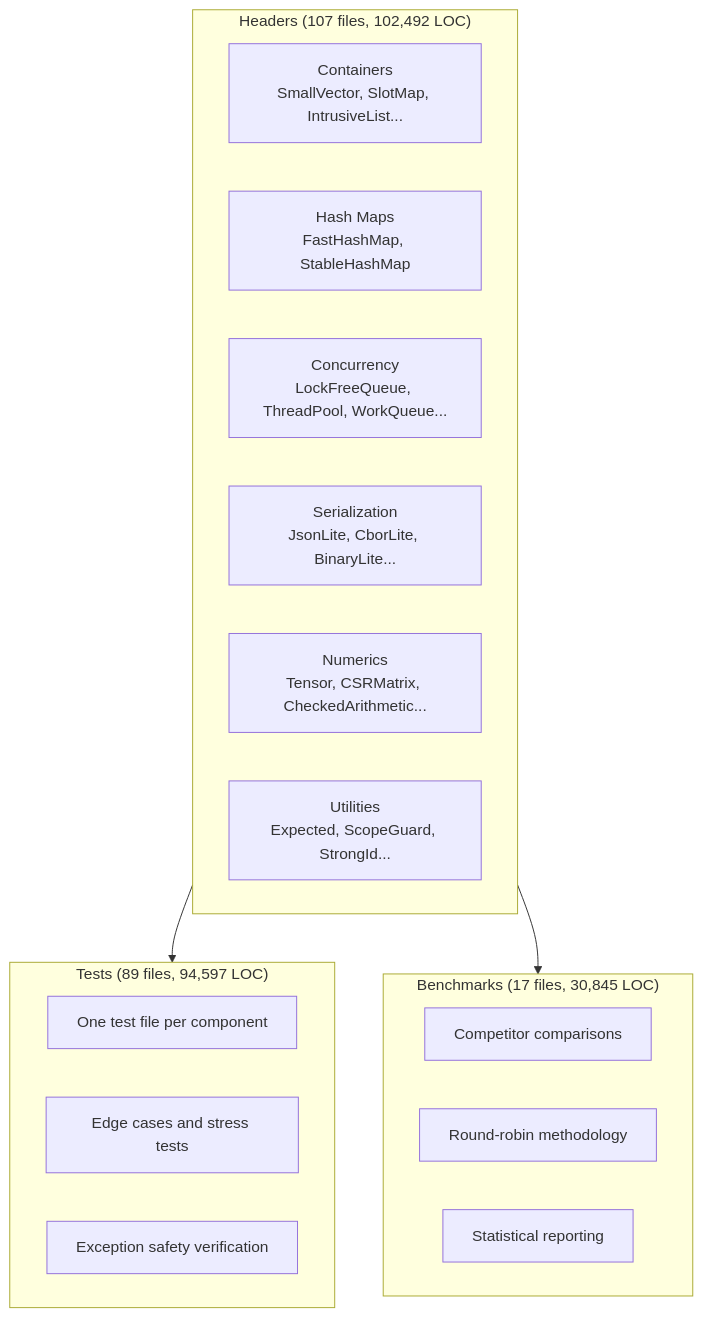
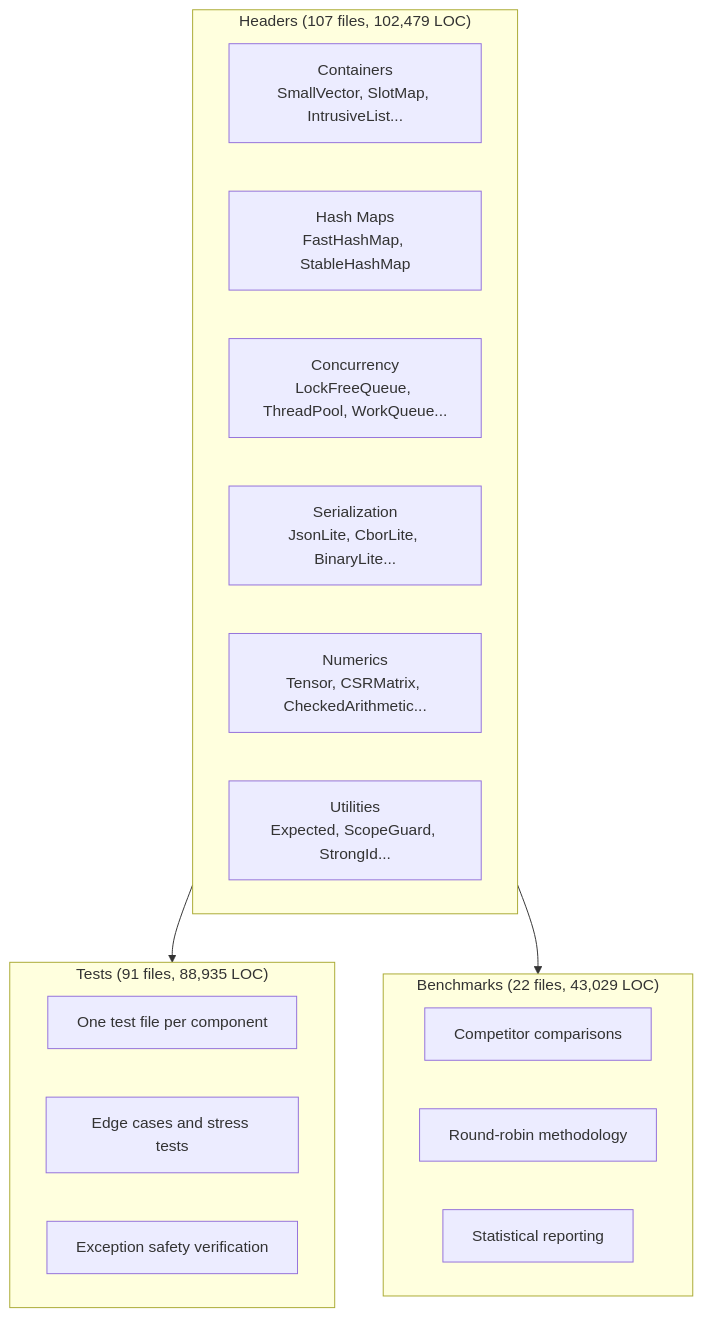
Before and after one commit to schroedermatthew/FatP: diagram 11 of 11 in Read_Me/Fat-P_AI_Collaborative_Development_Methodology.md, drawn with Mermaid. The commit also changed other lines of this file and 2 other files, not shown here.

````diff
--- a/Read_Me/Fat-P_AI_Collaborative_Development_Methodology.md
+++ b/Read_Me/Fat-P_AI_Collaborative_Development_Methodology.md
@@ -765,26 +765,26 @@
 ```mermaid
 flowchart TD
-    subgraph Headers["Headers (107 files, 102,492 LOC)"]
+    subgraph Headers["Headers (107 files, 102,479 LOC)"]
         H1[Containers<br/>SmallVector, SlotMap, IntrusiveList...]
         H2[Hash Maps<br/>FastHashMap, StableHashMap]
         H3[Concurrency<br/>LockFreeQueue, ThreadPool, WorkQueue...]
         H4[Serialization<br/>JsonLite, CborLite, BinaryLite...]
         H5[Numerics<br/>Tensor, CSRMatrix, CheckedArithmetic...]
         H6[Utilities<br/>Expected, ScopeGuard, StrongId...]
     end
     
-    subgraph Tests["Tests (89 files, 94,597 LOC)"]
+    subgraph Tests["Tests (91 files, 88,935 LOC)"]
         T1[One test file per component]
         T2[Edge cases and stress tests]
         T3[Exception safety verification]
     end
     
-    subgraph Benchmarks["Benchmarks (17 files, 30,845 LOC)"]
+    subgraph Benchmarks["Benchmarks (22 files, 43,029 LOC)"]
         B1[Competitor comparisons]
         B2[Round-robin methodology]
         B3[Statistical reporting]
     end
     
     Headers --> Tests
     Headers --> Benchmarks
 ```
````
